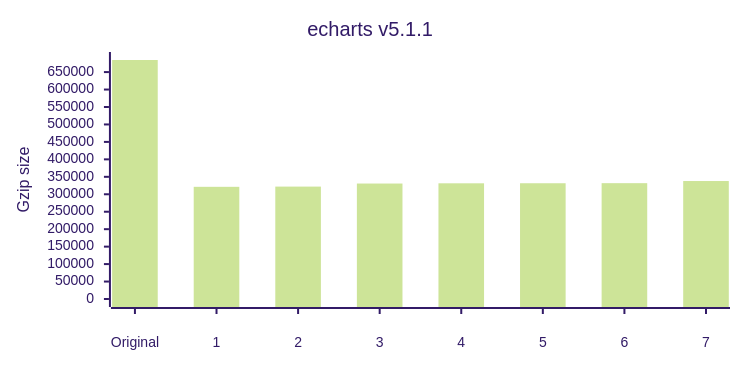
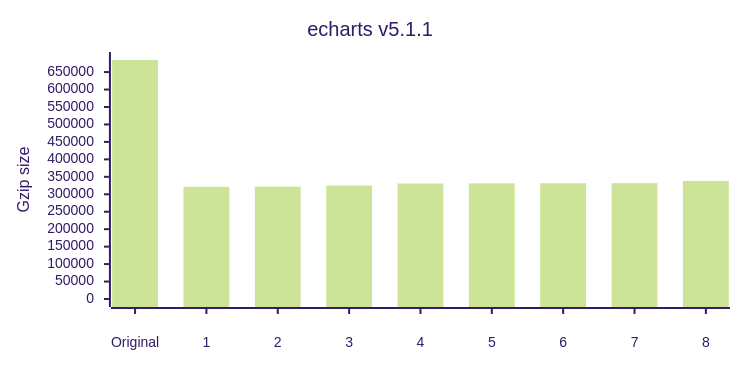
The tenth of 12 diagrams in README.md (privatenumber/minification-benchmarks), drawn with Mermaid (forest theme) before and after one commit. The commit also changed other lines of this file and 1 other file, not shown here.

````diff
--- a/README.md
+++ b/README.md
@@ -420,17 +430,17 @@
 ```mermaid
 ---
 config:
     xyChart:
         width: 720
         height: 360
         xAxis:
             labelPadding: 20
         yAxis:
             labelPadding: 10
 ---
 xychart-beta
 	title "echarts v5.1.1"
-	x-axis ["Original",1,2,3,4,5,6,7]
+	x-axis ["Original",1,2,3,4,5,6,7,8]
 	y-axis "Gzip size" 0 --> 684611
-	bar [684611,321321,321987,330736,331412,331563,331791,337934]
+	bar [684611,321321,321987,324927,330736,331412,331563,331791,337934]
 ```
````
